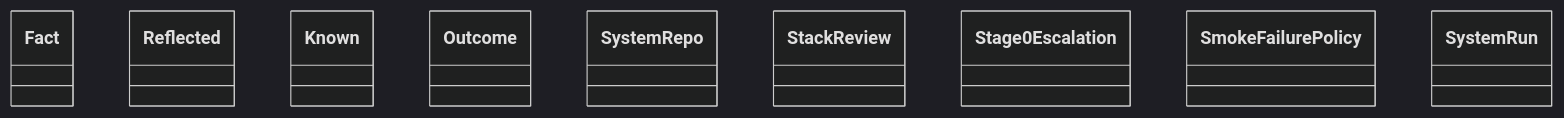
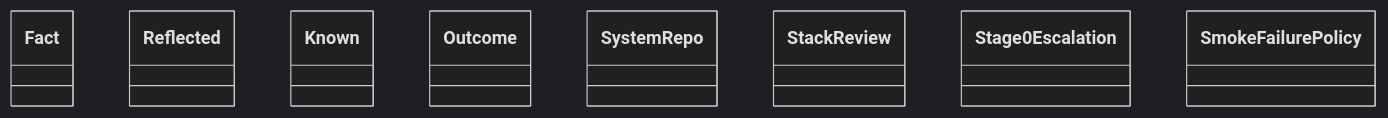
One commit to GonzaloZevallos/agentic-system changed the diagram in docs/architecture/generated/classes-process-application-reflection.md. Above: the diagram before and after it, drawn with Mermaid (dark theme). The commit also changed 6 other files, not shown here.

Commit message:
Merge master into GH-689; place application.tracker_items in the landing cluster now that reflection is full

````diff
--- a/docs/architecture/generated/classes-process-application-reflection.md
+++ b/docs/architecture/generated/classes-process-application-reflection.md
@@ -19,12 +19,11 @@
 ```mermaid
 classDiagram
     class reflect__Fact["Fact"]
     class reflect__Reflected["Reflected"]
     class reflect_run__Known["Known"]
     class reflect_run__Outcome["Outcome"]
     class reflect_run__SystemRepo["SystemRepo"]
     class stack_review__StackReview["StackReview"]
     class stage0_escalation__Stage0Escalation["Stage0Escalation"]
     class stage0_failure__SmokeFailurePolicy["SmokeFailurePolicy"]
-    class tracker_items__SystemRun["SystemRun"]
 ```
````
